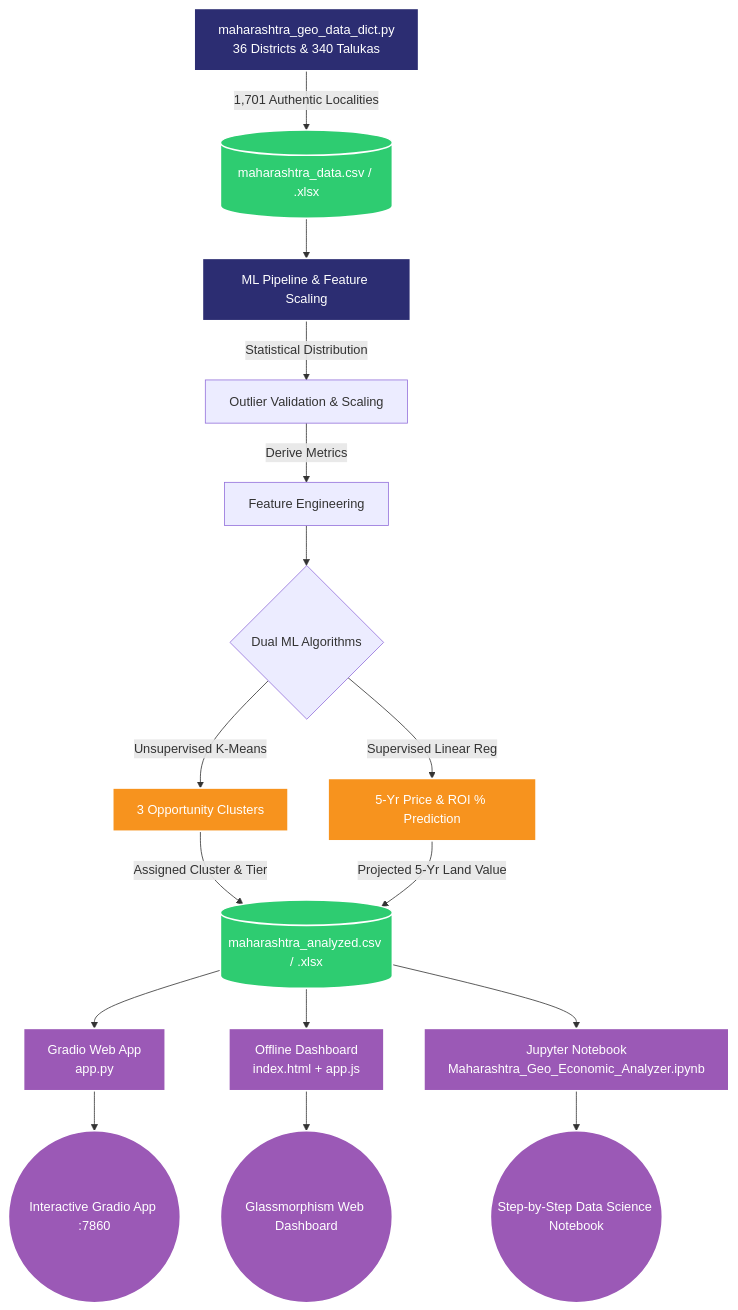
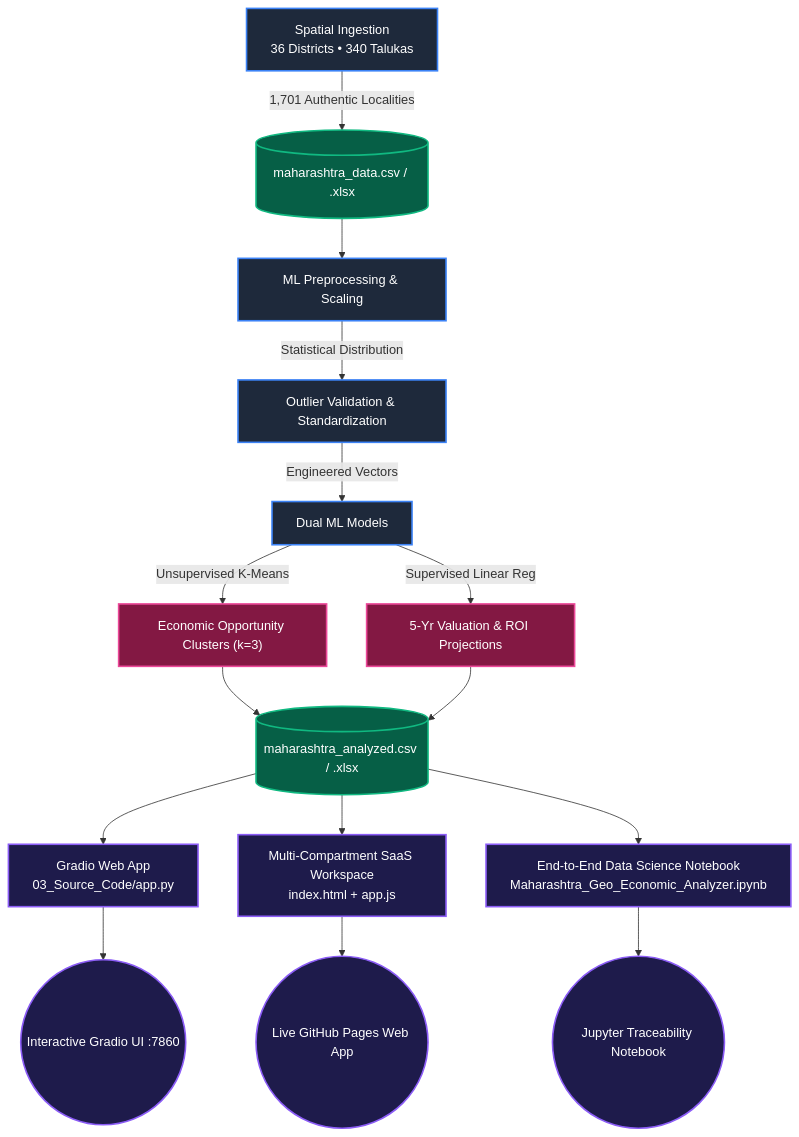
Before and after one commit to IAMNEONIRMAL2007/Maharashtra-Geo-Economic-Real-Estate-Analyzer: the diagram in README.md, drawn with Mermaid. The commit also changed other lines of this file, not shown here.

Commit message:
docs: enhance README with live GitHub Pages deployment links and Multi-Compartment SaaS Workspace architecture

````diff
--- a/README.md
+++ b/README.md
@@ -21,40 +37,39 @@
 ```mermaid
 graph TD
     %% Data Layer
-    A[maharashtra_geo_data_dict.py<br>36 Districts & 340 Talukas] -->|1,701 Authentic Localities| B[(maharashtra_data.csv / .xlsx)]
+    A["Spatial Ingestion<br>36 Districts • 340 Talukas"] -->|1,701 Authentic Localities| B[("maharashtra_data.csv / .xlsx")]
     
-    %% ML Layer
-    B --> C[ML Pipeline & Feature Scaling]
-    C -->|Statistical Distribution| D[Outlier Validation & Scaling]
-    D -->|Derive Metrics| E[Feature Engineering]
+    %% ML Pipeline
+    B --> C["ML Preprocessing & Scaling"]
+    C -->|Statistical Distribution| D["Outlier Validation & Standardization"]
+    D -->|Engineered Vectors| E["Dual ML Models"]
     
     %% Split Models
-    E --> F{Dual ML Algorithms}
-    F -->|Unsupervised K-Means| G[3 Opportunity Clusters]
-    F -->|Supervised Linear Reg| H[5-Yr Price & ROI % Prediction]
+    E -->|Unsupervised K-Means| G["Economic Opportunity Clusters (k=3)"]
+    E -->|Supervised Linear Reg| H["5-Yr Valuation & ROI Projections"]
     
-    %% Output Data Layer
-    G -->|Assigned Cluster & Tier| I[(maharashtra_analyzed.csv / .xlsx)]
-    H -->|Projected 5-Yr Land Value| I
+    %% Derived Storage
+    G --> I[("maharashtra_analyzed.csv / .xlsx")]
+    H --> I
     
-    %% Presentation Multi-Engine
-    I --> J1[Gradio Web App<br>app.py]
-    I --> J2[Offline Dashboard<br>index.html + app.js]
-    I --> J3[Jupyter Notebook<br>Maharashtra_Geo_Economic_Analyzer.ipynb]
+    %% Multi-Engine Presentation Layer
+    I --> J1["Gradio Web App<br>03_Source_Code/app.py"]
+    I --> J2["Multi-Compartment SaaS Workspace<br>index.html + app.js"]
+    I --> J3["End-to-End Data Science Notebook<br>Maharashtra_Geo_Economic_Analyzer.ipynb"]
     
-    %% Live Interfaces
-    J1 --> K1((Interactive Gradio App :7860))
-    J2 --> K2((Glassmorphism Web Dashboard))
-    J3 --> K3((Step-by-Step Data Science Notebook))
+    %% Client Interfaces
+    J1 --> K1(("Interactive Gradio UI :7860"))
+    J2 --> K2(("Live GitHub Pages Web App"))
+    J3 --> K3(("Jupyter Traceability Notebook"))
     
     %% Styling
-    classDef file fill:#2C2D72,stroke:#fff,stroke-width:2px,color:#fff;
-    classDef data fill:#2ECC71,stroke:#fff,stroke-width:2px,color:#fff;
-    classDef model fill:#F7931E,stroke:#fff,stroke-width:2px,color:#fff;
-    classDef ui fill:#9B59B6,stroke:#fff,stroke-width:2px,color:#fff;
+    classDef file fill:#1e293b,stroke:#3b82f6,stroke-width:2px,color:#fff;
+    classDef data fill:#065f46,stroke:#10b981,stroke-width:2px,color:#fff;
+    classDef model fill:#831843,stroke:#ec4899,stroke-width:2px,color:#fff;
+    classDef ui fill:#1e1b4b,stroke:#8b5cf6,stroke-width:2px,color:#fff;
     
-    class A,C file;
+    class A,C,D,E file;
     class B,I data;
     class G,H model;
     class J1,J2,J3,K1,K2,K3 ui;
 ```
````
